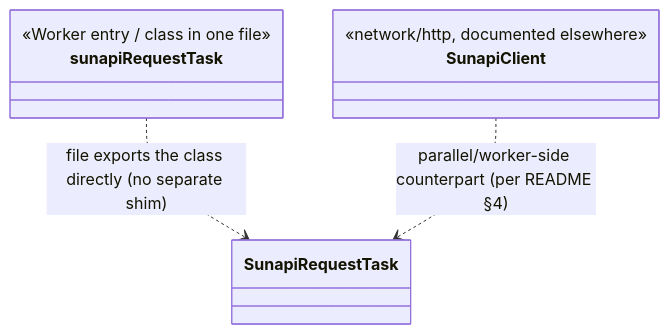
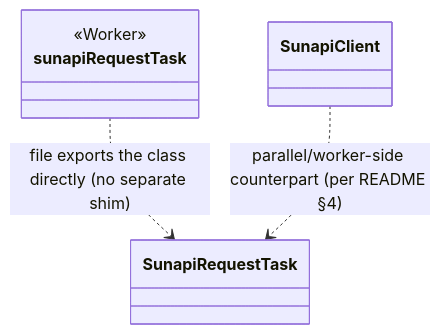
One commit to melchi45/rtsp-over-websocket changed diagram 11 of 15 in docs/player/07-talk-backup-worker.md. Above: the diagram before and after it, drawn with Mermaid. The commit also changed other lines of this file and 3 other files, not shown here.

````diff
--- a/docs/player/07-talk-backup-worker.md
+++ b/docs/player/07-talk-backup-worker.md
@@ -985,12 +984,10 @@
 ```mermaid
 classDiagram
     class sunapiRequestTask {
-        <<Worker entry / class in one file>>
+        <<Worker>>
     }
     class SunapiRequestTask
-    class SunapiClient {
-        <<network/http, documented elsewhere>>
-    }
+    class SunapiClient
     sunapiRequestTask ..> SunapiRequestTask : file exports the class directly (no separate shim)
     SunapiClient ..> SunapiRequestTask : parallel/worker-side counterpart (per README §4)
 ```
````
